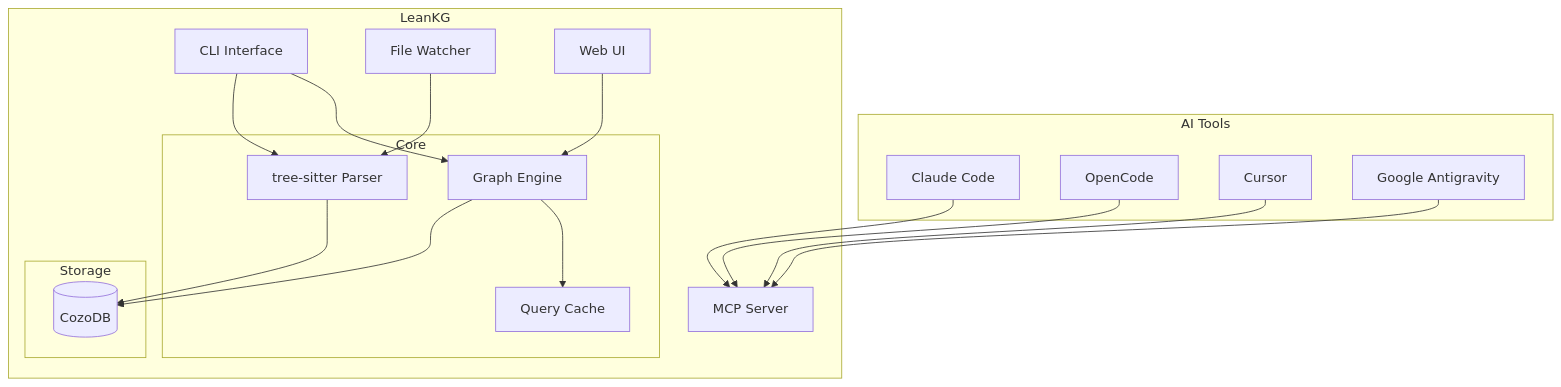
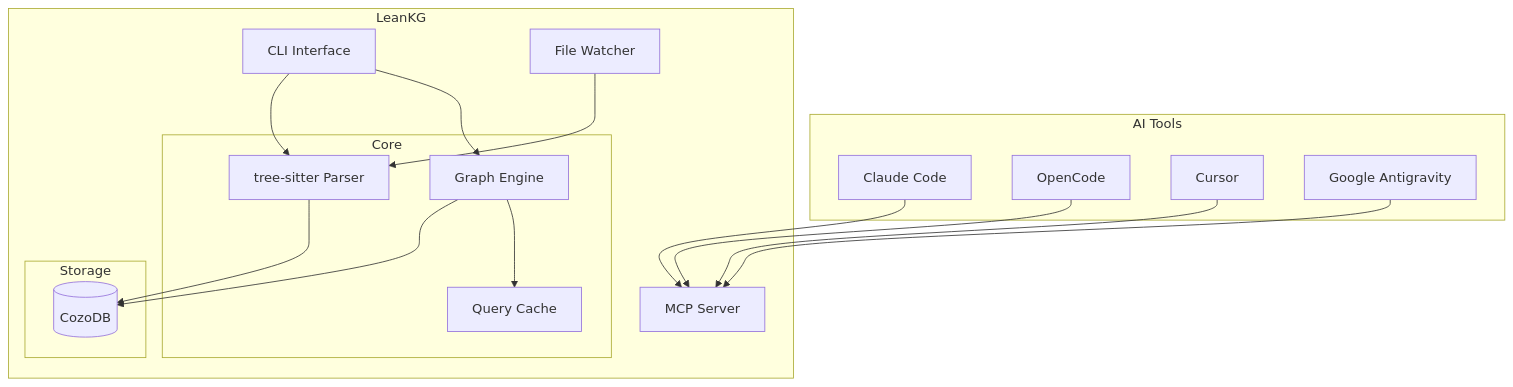
Before and after one commit to FreePeak/LeanKG: the third of 3 diagrams in README.md, drawn with Mermaid. The commit also changed other lines of this file and 4 other files, not shown here.

First line of the commit message:
refactor: remove Axum web server, add standalone graph viewer

````diff
--- a/README.md
+++ b/README.md
@@ -482,39 +426,36 @@
 ```mermaid
 graph TB
     subgraph "AI Tools"
         Claude[Claude Code]
         Open[OpenCode]
         Cursor[Cursor]
         Antigravity[Google Antigravity]
     end
 
     subgraph "LeanKG"
         CLI[CLI Interface]
         MCP[MCP Server]
         Watcher[File Watcher]
 
         subgraph "Core"
             Indexer[tree-sitter Parser]
             Graph[Graph Engine]
             Cache[Query Cache]
         end
 
         subgraph "Storage"
             CozoDB[(CozoDB)]
         end
-
-        Web[Web UI]
     end
 
     Claude --> MCP
     Open --> MCP
     Cursor --> MCP
     Antigravity --> MCP
     CLI --> Indexer
     CLI --> Graph
     Watcher --> Indexer
     Indexer --> CozoDB
     Graph --> CozoDB
     Graph --> Cache
-    Web --> Graph
 ```
````
